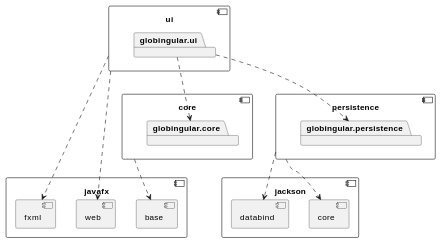
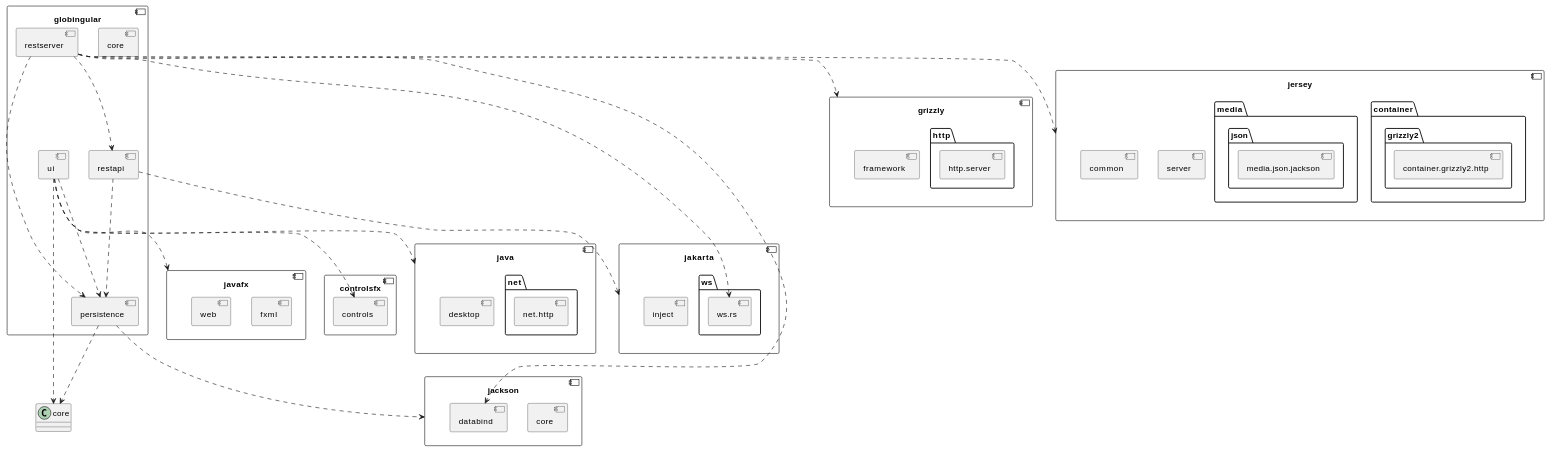
One commit to dotClique/globingular changed the diagram in diagrams/README.md. Above: the diagram before and after it, drawn with PlantUML. The commit also changed other lines of this file and 10 other files, not shown here.

````diff
--- a/diagrams/README.md
+++ b/diagrams/README.md
@@ -10,15 +20,17 @@
 ```plantuml
 
-component core {
-	package globingular.core
-}
 
-component persistence {
-	package globingular.persistence
-}
-
-component ui {
-	package globingular.ui
+component globingular {
+    component core {
+    }
+    component ui {
+    }
+    component persistence {
+    }
+    component restapi {
+    }
+    component restserver {
+    }
 }
 
 component jackson {
@@ -28,26 +40,81 @@
     }
 }
 
-persistence ..> jackson.core
-persistence ..> jackson.databind
-
-
-
-globingular.ui ..> globingular.core
-globingular.ui ..> globingular.persistence
-
 component javafx {
 	component "fxml" as javafx.fxml {
     }
     component "web" as javafx.web {
     }
-    component "base" as javafx.base {
+}
+
+component controlsfx {
+    component "controls" as controlsfx.controls {
     }
 }
 
-'ui ..> javafx
-ui ..> javafx.fxml
-ui ..> javafx.web
-core ..> javafx.base
+component java {
+    component "desktop" as java.desktop {
+    }
+    component "net.http" as java.net.http {
+    }
+}
+
+component jakarta {
+    component "ws.rs" as jakarta.ws.rs {
+    }
+    component "inject" as jakarta.inject {
+    }
+}
+
+component grizzly {
+    component "http.server" as grizzly.http.server {
+    }
+    component "framework" as grizzly.framework {
+    }
+}
+
+component jersey {
+    component "server" as jersey.server {
+    }
+    component "container.grizzly2.http" as jersey.container.grizzly2.http {
+    }
+    component "media.json.jackson" as jersey.media.json.jackson {
+    }
+    component "common" as jersey.common {
+    }
+}
+
+ui ..> core
+ui ..> persistence
+ui ..> javafx
+'ui ..> javafx.fxml
+'ui ..> javafx.web
+ui ..> controlsfx.controls
+ui ..> java
+'ui ..> java.desktop
+'ui ..> java.net.http
+
+restapi ..> jakarta
+'restapi ..> jakarta.ws.rs
+'restapi ..> jakarta.inject
+restapi ..> persistence
+
+restserver ..> grizzly
+'restserver ..> grizzly.http.server
+'restserver ..> grizzly.framework
+restserver ..> jackson.databind
+restserver ..> jersey
+'restserver ..> jersey.server
+'restserver ..> jersey.container.grizzly2.http
+'restserver ..> jersey.media.json.jackson
+'restserver ..> jersey.common
+restserver ..> persistence
+restserver ..> restapi
+restserver ..> jakarta.ws.rs
+
+persistence ..> core
+persistence ..> jackson
+'persistence ..> jackson.core
+'persistence ..> jackson.databind
 
 ```
````
